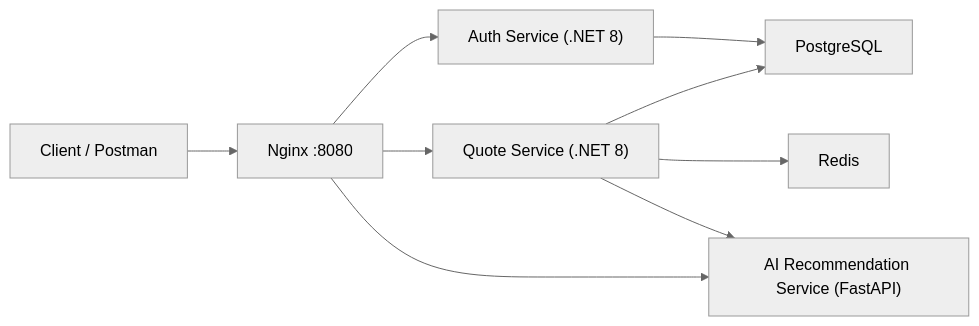
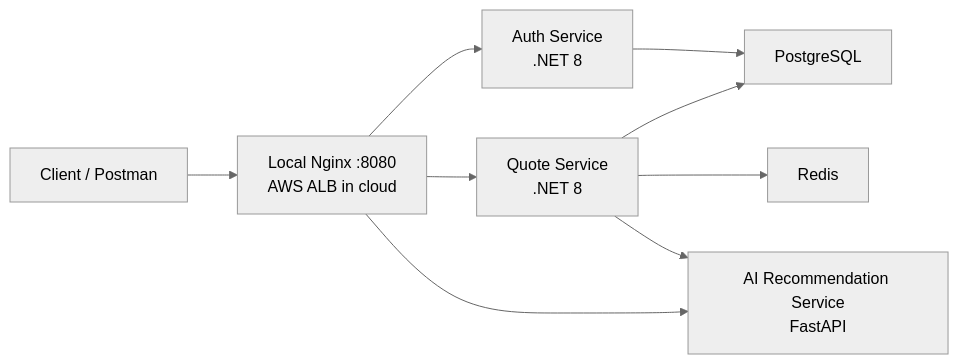
The diagram in README.md (HimanshuBansal81/freightrate-ai), drawn with Mermaid (neutral theme) before and after one commit. The commit also changed other lines of this file and 13 other files, not shown here.

````diff
--- a/README.md
+++ b/README.md
@@ -42,11 +43,11 @@
 ```mermaid
 flowchart LR
-    Client["Client / Postman"] --> Nginx["Nginx :8080"]
-    Nginx --> Auth["Auth Service (.NET 8)"]
-    Nginx --> Quote["Quote Service (.NET 8)"]
-    Nginx --> AI["AI Recommendation Service (FastAPI)"]
+    Client["Client / Postman"] --> Gateway["Local Nginx :8080<br/>AWS ALB in cloud"]
+    Gateway --> Auth["Auth Service<br/>.NET 8"]
+    Gateway --> Quote["Quote Service<br/>.NET 8"]
+    Gateway --> AI["AI Recommendation Service<br/>FastAPI"]
     Auth --> Postgres["PostgreSQL"]
     Quote --> Postgres
     Quote --> Redis["Redis"]
     Quote --> AI
 ```
````
